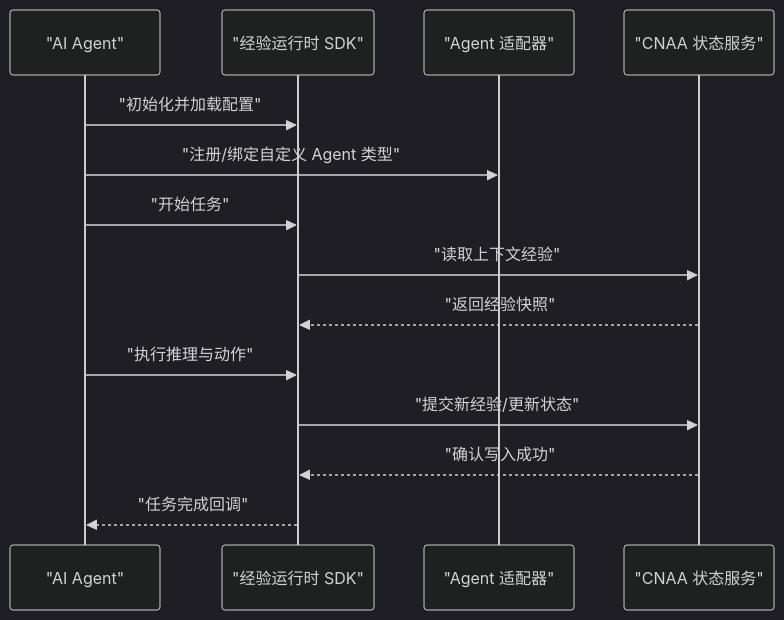
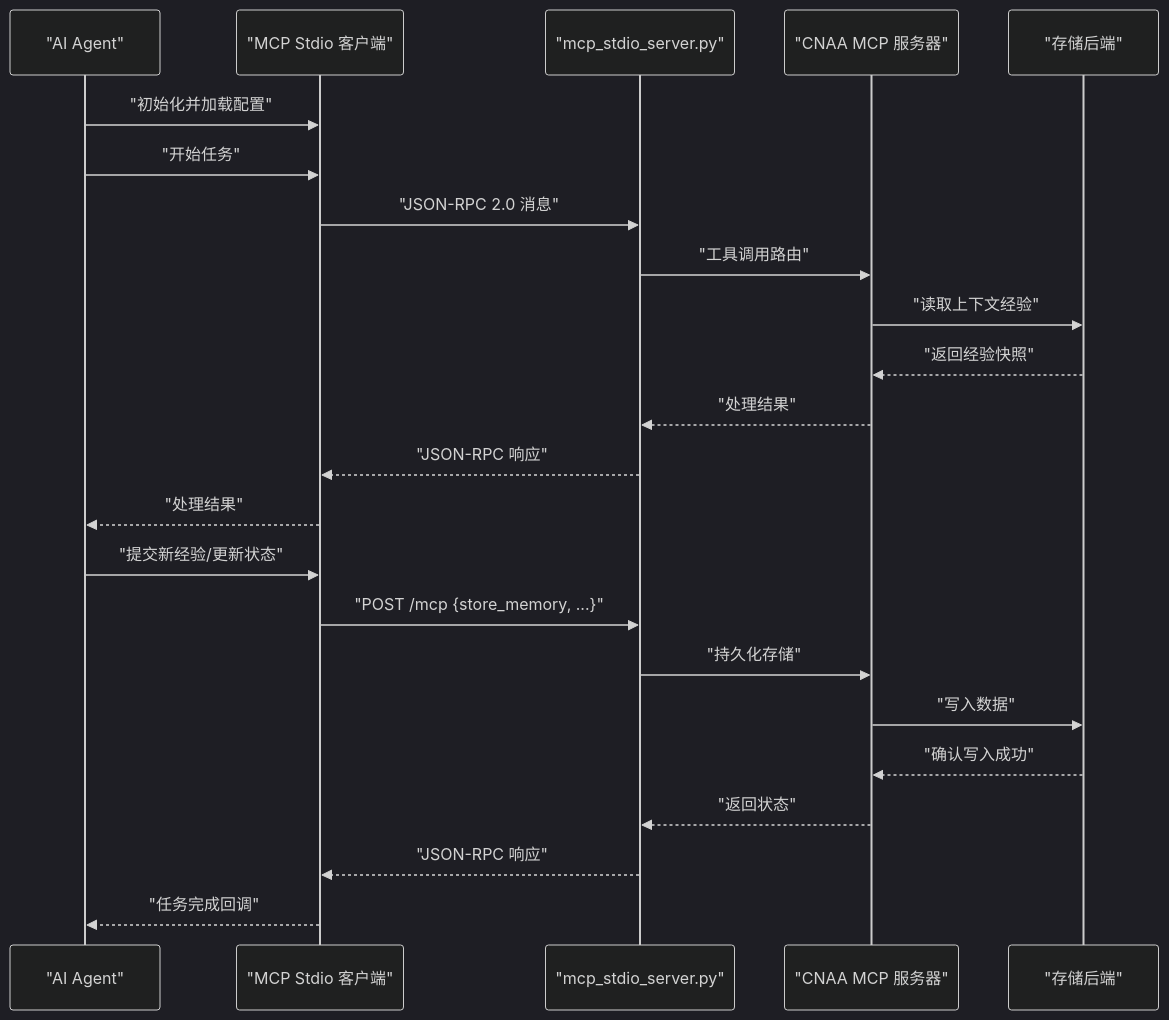
Before and after one commit to lgx236/CNAA-Cloud-Native-Agent-Architecture-: the second of 4 diagrams in .qoder/repowiki/zh/content/集成指南/集成指南.md, drawn with Mermaid (dark theme). The commit also changed other lines of this file and 99 other files, not shown here.

````diff
--- a/.qoder/repowiki/zh/content/集成指南/集成指南.md
+++ b/.qoder/repowiki/zh/content/集成指南/集成指南.md
@@ -73,16 +102,25 @@
 ```mermaid
 sequenceDiagram
 participant Agent as "AI Agent"
-participant Runtime as "经验运行时 SDK"
-participant Adapter as "Agent 适配器"
-participant StateSvc as "CNAA 状态服务"
-Agent->>Runtime : "初始化并加载配置"
-Agent->>Adapter : "注册/绑定自定义 Agent 类型"
-Agent->>Runtime : "开始任务"
-Runtime->>StateSvc : "读取上下文经验"
-StateSvc-->>Runtime : "返回经验快照"
-Agent->>Runtime : "执行推理与动作"
-Runtime->>StateSvc : "提交新经验/更新状态"
-StateSvc-->>Runtime : "确认写入成功"
-Runtime-->>Agent : "任务完成回调"
+participant StdioClient as "MCP Stdio 客户端"
+participant StdioServer as "mcp_stdio_server.py"
+participant MCPServer as "CNAA MCP 服务器"
+participant Storage as "存储后端"
+Agent->>StdioClient : "初始化并加载配置"
+Agent->>StdioClient : "开始任务"
+StdioClient->>StdioServer : "JSON-RPC 2.0 消息"
+StdioServer->>MCPServer : "工具调用路由"
+MCPServer->>Storage : "读取上下文经验"
+Storage-->>MCPServer : "返回经验快照"
+MCPServer-->>StdioServer : "处理结果"
+StdioServer-->>StdioClient : "JSON-RPC 响应"
+StdioClient-->>Agent : "处理结果"
+Agent->>StdioClient : "提交新经验/更新状态"
+StdioClient->>StdioServer : "POST /mcp {store_memory, ...}"
+StdioServer->>MCPServer : "持久化存储"
+MCPServer->>Storage : "写入数据"
+Storage-->>MCPServer : "确认写入成功"
+MCPServer-->>StdioServer : "返回状态"
+StdioServer-->>StdioClient : "JSON-RPC 响应"
+StdioClient-->>Agent : "任务完成回调"
 ```
````
